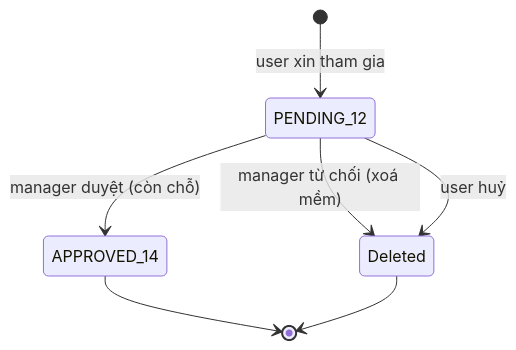
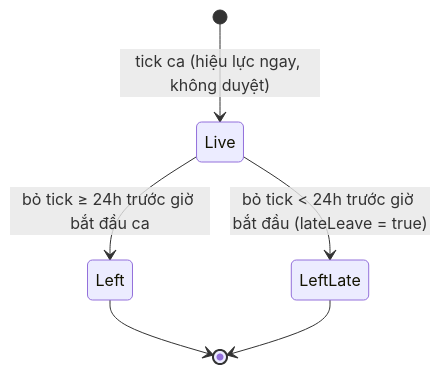
The third of 13 diagrams in 04-state-machines.md (DOAN2-UQT-KN/ecolink-docs), drawn with Mermaid before and after one commit. The commit also changed other lines of this file and 9 other files, not shown here.

````diff
--- a/04-state-machines.md
+++ b/04-state-machines.md
@@ -93,9 +94,8 @@
 ```mermaid
 stateDiagram-v2
-  [*] --> PENDING_12: user xin tham gia
-  PENDING_12 --> APPROVED_14: manager duyệt (còn chỗ)
-  PENDING_12 --> Deleted: manager từ chối (xoá mềm)
-  PENDING_12 --> Deleted: user huỷ
-  APPROVED_14 --> [*]
-  Deleted --> [*]
+  [*] --> Live: tick ca (hiệu lực ngay, không duyệt)
+  Live --> Left: bỏ tick ≥ 24h trước giờ bắt đầu ca
+  Live --> LeftLate: bỏ tick < 24h trước giờ bắt đầu (lateLeave = true)
+  Left --> [*]
+  LeftLate --> [*]
 ```
````
